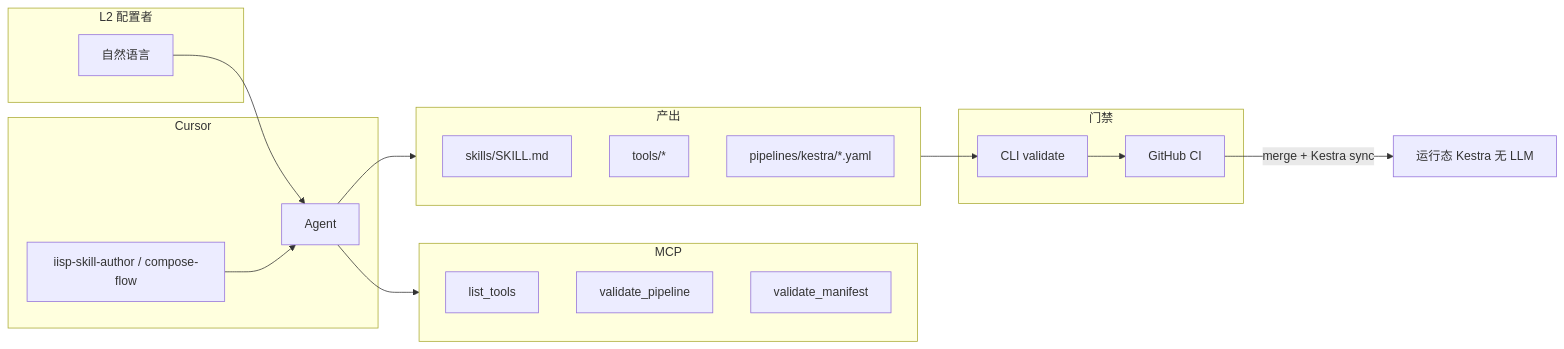
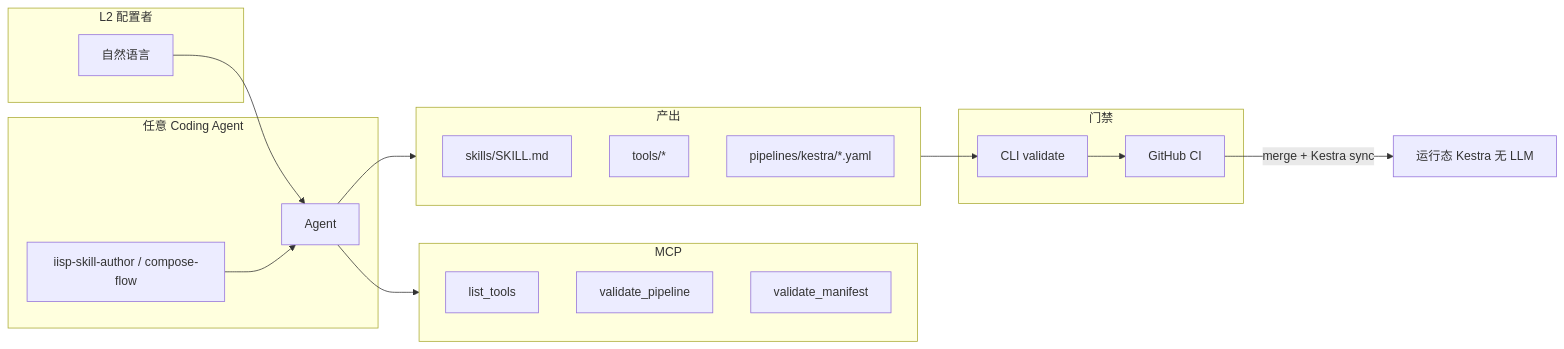
One commit to algo-boost/DetForge-Studio changed the sixth of 13 diagrams in docs/ARCHITECTURE_DIAGRAMS.md. Above: the diagram before and after it, drawn with Mermaid. The commit also changed other lines of this file and 332 other files, not shown here.

````diff
--- a/docs/ARCHITECTURE_DIAGRAMS.md
+++ b/docs/ARCHITECTURE_DIAGRAMS.md
@@ -195,35 +195,35 @@
 ```mermaid
 flowchart LR
   subgraph l2 [L2 配置者]
     NL[自然语言]
   end
 
-  subgraph cursor [Cursor]
+  subgraph ide [任意 Coding Agent]
     SK[iisp-skill-author / compose-flow]
     AG[Agent]
     NL --> AG
     SK --> AG
   end
 
   subgraph mcp [MCP]
     LT[list_tools]
     VP[validate_pipeline]
     VM[validate_manifest]
   end
 
   subgraph out [产出]
     SKILL[skills/SKILL.md]
     TOOL[tools/*]
     YAML[pipelines/kestra/*.yaml]
   end
 
   subgraph gate [门禁]
     V[CLI validate]
     CI[GitHub CI]
   end
 
   AG --> mcp
   AG --> out
   out --> V --> CI
   CI -->|merge + Kestra sync| RUN[运行态 Kestra 无 LLM]
 ```
````
